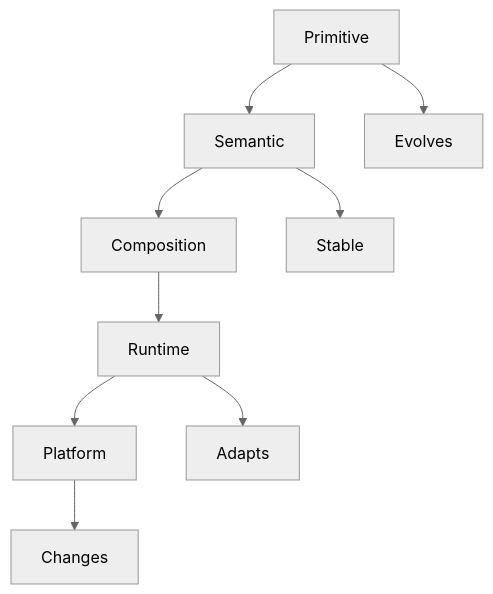
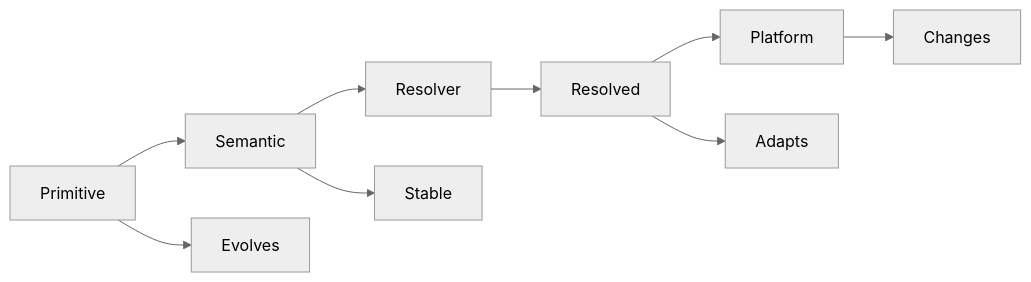
One commit to mosaic-media/architecture changed the sixth of 6 diagrams in docs/design/system/mds-001-design-token-architecture/09-token-versioning.md. Above: the diagram before and after it, drawn with Mermaid (neutral theme). The commit also changed other lines of this file and 19 other files, not shown here.

Commit message:
docs(mds-001): simplify token resolution architecture

````diff
--- a/docs/design/system/mds-001-design-token-architecture/09-token-versioning.md
+++ b/docs/design/system/mds-001-design-token-architecture/09-token-versioning.md
@@ -431,13 +430,13 @@
 ```mermaid
-flowchart TD
+flowchart LR
 
 Primitive
 Primitive --> Semantic
-Semantic --> Composition
-Composition --> Runtime
-Runtime --> Platform
+Semantic --> Resolver
+Resolver --> Resolved
+Resolved --> Platform
 Semantic --> Stable
 Primitive --> Evolves
-Runtime --> Adapts
+Resolved --> Adapts
 Platform --> Changes
 ```
````
